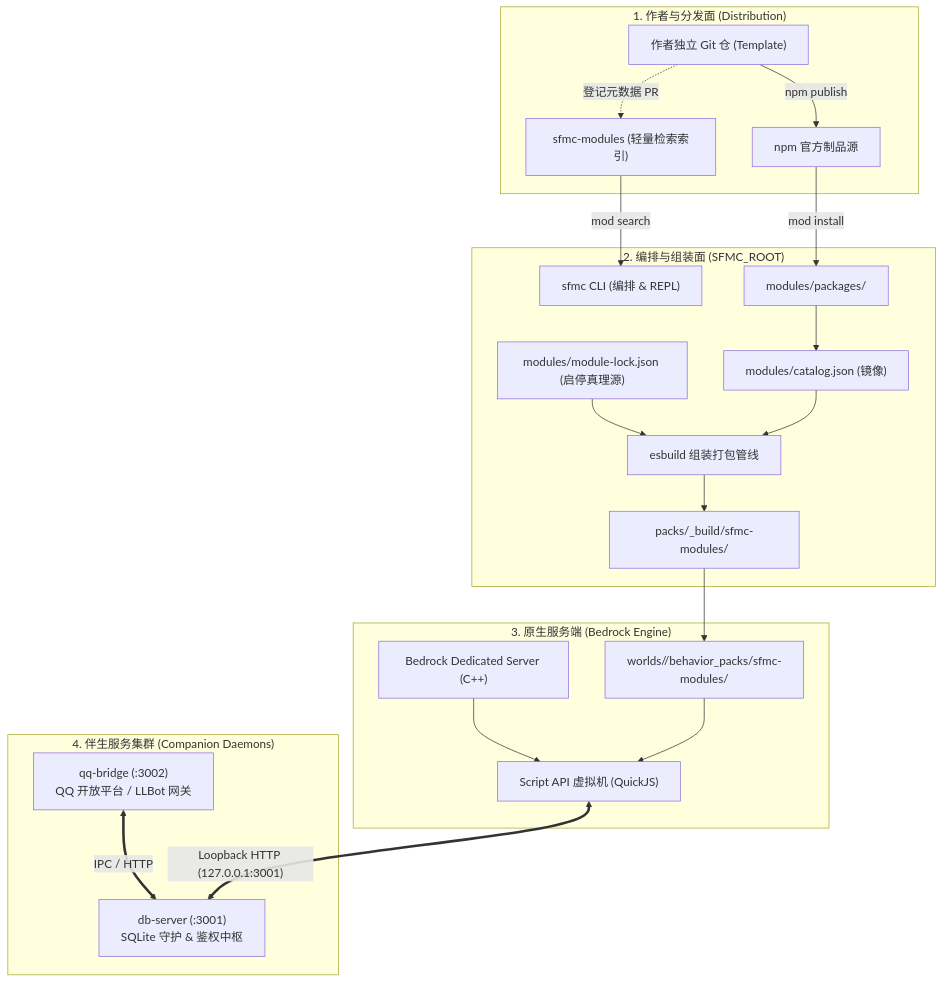
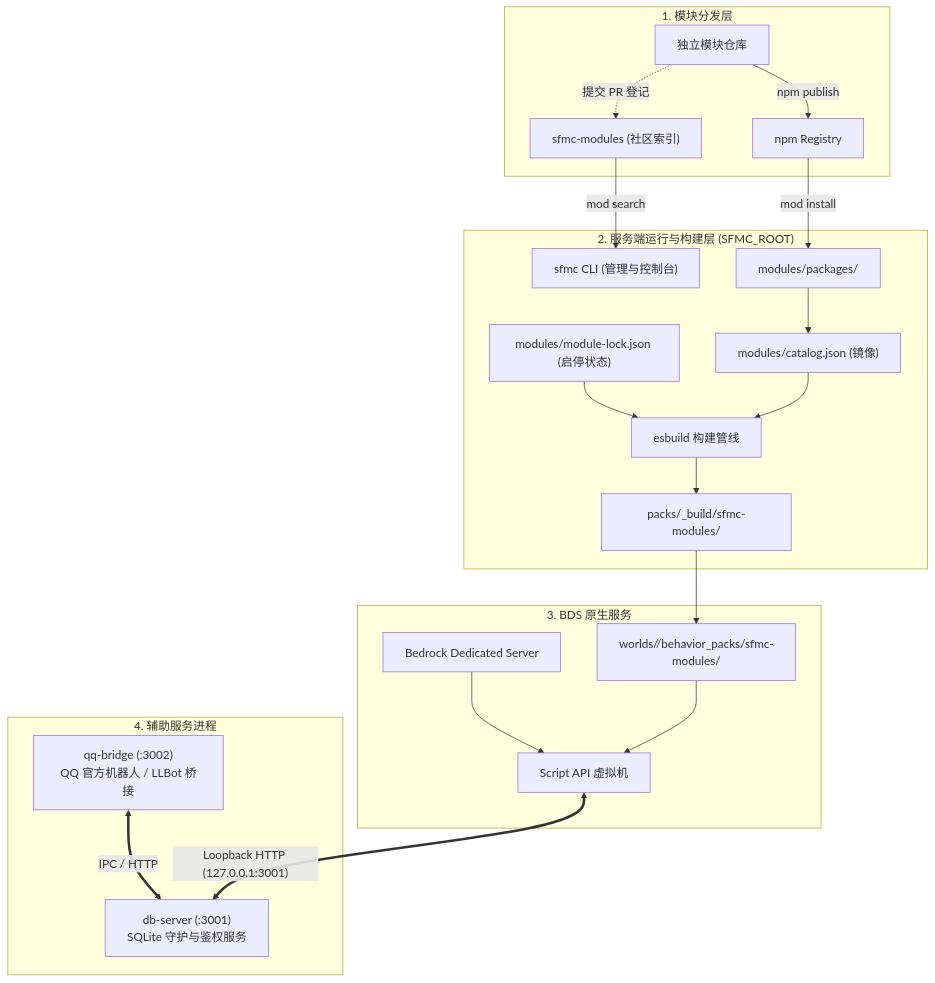
Before and after one commit to DogeLakeDev/ScriptsForMinecraftServer: the first of 2 diagrams in docs/zh/dev/architecture.md, drawn with Mermaid. The commit also changed other lines of this file and 282 other files, not shown here.

````diff
--- a/docs/zh/dev/architecture.md
+++ b/docs/zh/dev/architecture.md
@@ -9,31 +9,31 @@
 ```mermaid
 flowchart TD
-  subgraph AuthorLayer ["1. 作者与分发面 (Distribution)"]
-    Repo["作者独立 Git 仓 (Template)"] -->|npm publish| NPM["npm 官方制品源"]
-    Repo -.->|登记元数据 PR| Index["sfmc-modules (轻量检索索引)"]
+  subgraph AuthorLayer ["1. 模块分发层"]
+    Repo["独立模块仓库"] -->|npm publish| NPM["npm Registry"]
+    Repo -.->|提交 PR 登记| Index["sfmc-modules (社区索引)"]
   end
 
-  subgraph OpsLayer ["2. 编排与组装面 (SFMC_ROOT)"]
-    CLI["sfmc CLI (编排 & REPL)"]
+  subgraph OpsLayer ["2. 服务端运行与构建层 (SFMC_ROOT)"]
+    CLI["sfmc CLI (管理与控制台)"]
     Index -->|mod search| CLI
     NPM -->|mod install| Packages["modules/packages/<id>"]
     Packages --> Catalog["modules/catalog.json (镜像)"]
-    Lock["modules/module-lock.json (启停真理源)"] --> Assembler["esbuild 组装打包管线"]
+    Lock["modules/module-lock.json (启停状态)"] --> Assembler["esbuild 构建管线"]
     Catalog --> Assembler
     Assembler --> BP["packs/_build/sfmc-modules/"]
   end
 
-  subgraph NativeLayer ["3. 原生服务端 (Bedrock Engine)"]
+  subgraph NativeLayer ["3. BDS 原生服务"]
     BP --> Deploy["worlds/<level>/behavior_packs/sfmc-modules/"]
-    BDS["Bedrock Dedicated Server (C++)"] --> SAPI["Script API 虚拟机 (QuickJS)"]
+    BDS["Bedrock Dedicated Server"] --> SAPI["Script API 虚拟机"]
     Deploy --> SAPI
   end
 
-  subgraph ServiceLayer ["4. 伴生服务集群 (Companion Daemons)"]
-    DB["db-server (:3001)<br/>SQLite 守护 & 鉴权中枢"]
-    QQ["qq-bridge (:3002)<br/>QQ 开放平台 / LLBot 网关"]
+  subgraph ServiceLayer ["4. 辅助服务进程"]
+    DB["db-server (:3001)<br/>SQLite 守护与鉴权服务"]
+    QQ["qq-bridge (:3002)<br/>QQ 官方机器人 / LLBot 桥接"]
     QQ <== IPC / HTTP ==> DB
   end
 
   SAPI <== Loopback HTTP (127.0.0.1:3001) ==> DB
 ```
````
